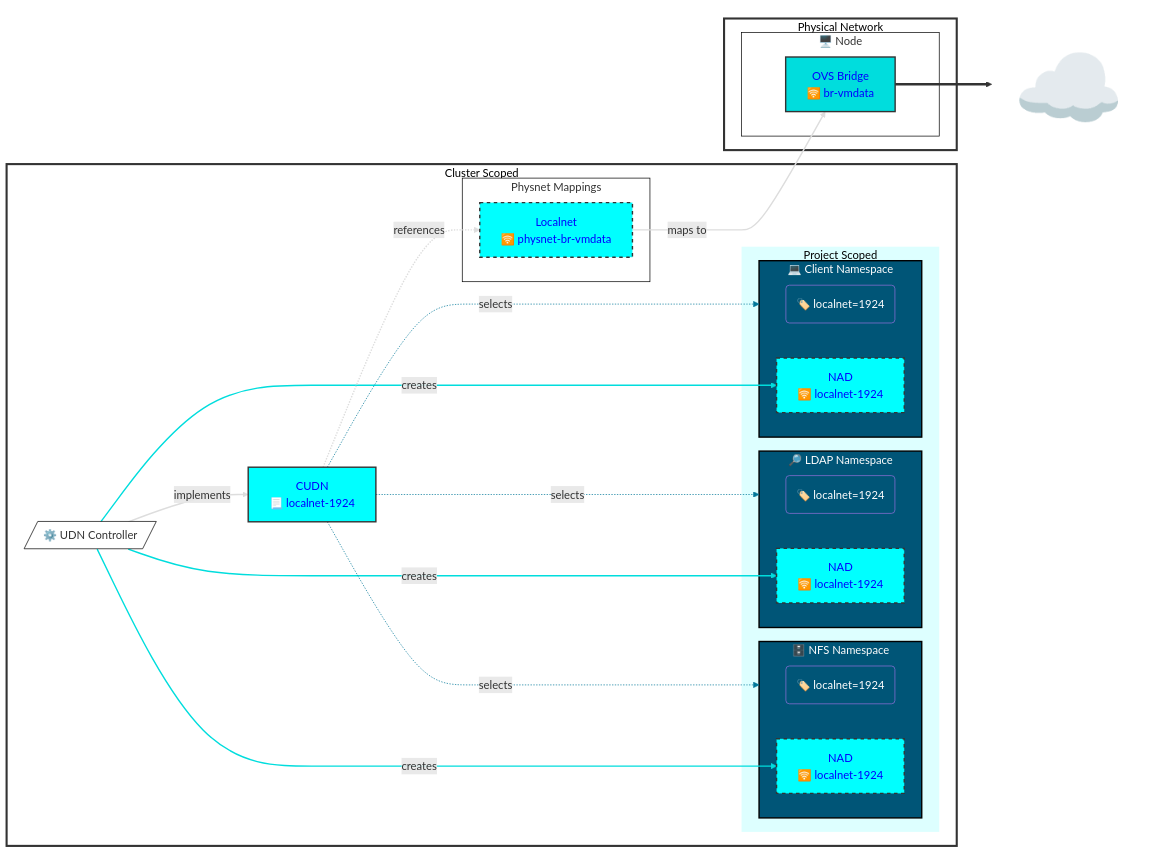
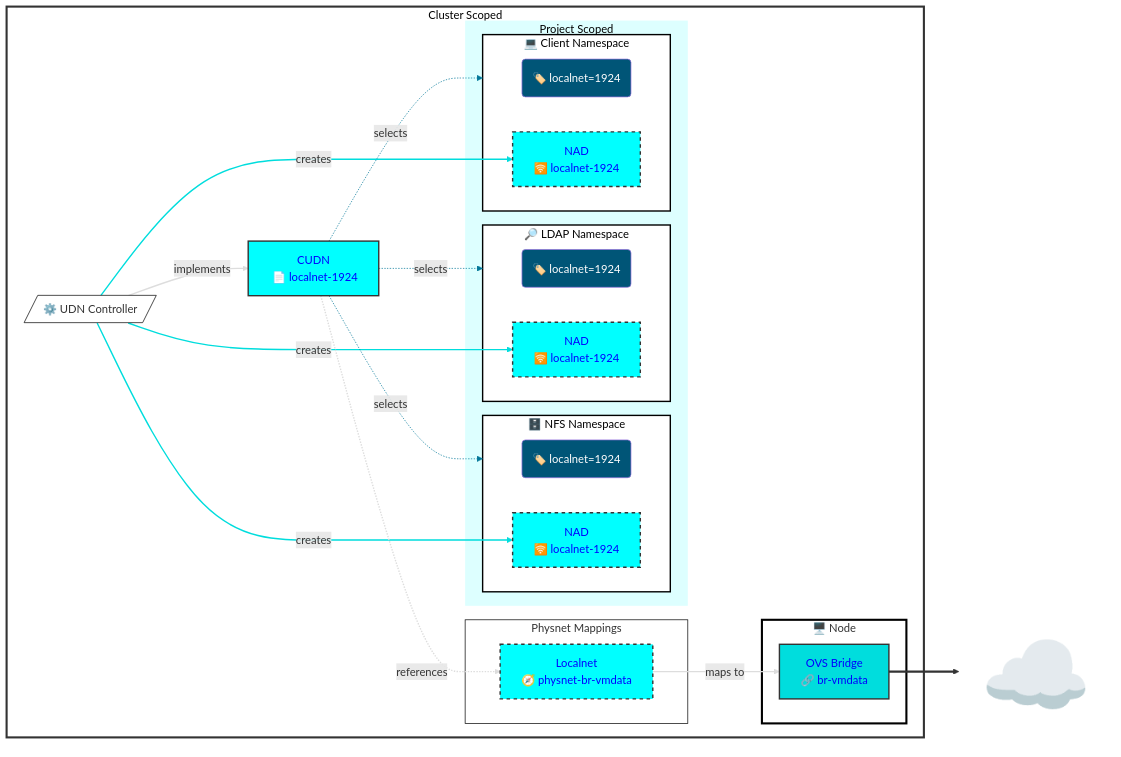
Before and after one commit to dlbewley/demo-autofs: the first of 2 diagrams in networking/readme.md, drawn with Mermaid. The commit also changed other lines of this file, not shown here.

Commit message:
refactor diagram

````diff
--- a/networking/readme.md
+++ b/networking/readme.md
@@ -26,80 +26,77 @@
 ```mermaid
 graph LR;
     subgraph Cluster["Cluster Scoped"]
-      udn-localnet-1924["CUDN<br> 📃 localnet-1924"]:::udn-localnet-1924
+      udn-localnet-1924["CUDN<br>️ 📄 localnet-1924"]:::udn-localnet-1924
       udn-controller[/"⚙️ UDN Controller"/]
 
       subgraph Localnets["Physnet Mappings"]
-        physnet[Localnet<br> 🛜 physnet-br-vmdata]:::nad-1924;
+        physnet[Localnet<br> 🧭 physnet-br-vmdata]:::nad-1924;
       end
 
       subgraph Project["Project Scoped"]
         subgraph ns-nfs["🗄️ NFS Namespace"]
           label-nfs("🏷️ localnet=1924"):::labels;
           nad-1924-nfs[NAD<br> 🛜 localnet-1924]:::nad-1924;
         end
 
         subgraph ns-ldap["🔎 LDAP Namespace"]
           label-ldap("🏷️ localnet=1924"):::labels;
           nad-1924-ldap[NAD<br> 🛜 localnet-1924]:::nad-1924;
         end
 
         subgraph ns-client["💻 Client Namespace"]
           label-client("🏷️ localnet=1924"):::labels;
           nad-1924-client[NAD<br> 🛜 localnet-1924]:::nad-1924;
         end
       end
-    end
-
-    subgraph Physical["Physical Network"]
       subgraph node1["🖥️ Node "]
-        br-vmdata[ OVS Bridge<br> 🛜 br-vmdata]:::vlan-1924;
+        br-vmdata[ OVS Bridge<br> 🔗 br-vmdata]:::vlan-1924;
       end
     end
 
-    udn-localnet-1924 -. selects ..-> ns-client
-    udn-localnet-1924 -. selects ..-> ns-ldap
-    udn-localnet-1924 -. selects ..-> ns-nfs
+
+    udn-localnet-1924 -. selects .-> ns-client
+    udn-localnet-1924 -. selects .-> ns-ldap
+    udn-localnet-1924 -. selects .-> ns-nfs
 
 
     linkStyle 0,1,2 stroke:#007799
 
     udn-controller --creates--> nad-1924-nfs
     udn-controller --creates--> nad-1924-ldap
     udn-controller --creates--> nad-1924-client
 
     linkStyle 3,4,5 stroke:#00dddd,stroke-width:2px;
 
     udn-controller == implements ==> udn-localnet-1924
 
 
     udn-localnet-1924 -. references .-> physnet
     physnet -- maps to --> br-vmdata
 
     linkStyle 6,7,8 stroke:#ddd,stroke-width:2px;
 
     Internet["☁️ "]:::Internet
     br-vmdata ==> Internet
 
     classDef node-eth fill:#00dddd,color:#00f,stroke:#333,stroke-width:2px;
 
     classDef vlan-1924 fill:#00dddd,color:#00f,stroke:#333,stroke-width:2px;
     classDef nad-1924 fill:#00ffff,color:#00f,stroke:#333,stroke-width:2px,stroke-dasharray: 5 5;
     classDef udn-localnet-1924 fill:#00ffff,color:#00f,stroke:#333,stroke-width:2px;
 
     classDef labels stroke-width:1px,color:#fff,fill:#005577;
     classDef networks fill:#cdd,stroke-width:0px;
 
     style udn-controller fill:#fff,stroke:#000,stroke-width:1px;
-    style node1 fill:#fff,stroke:#000,stroke-width:1px;
+    style node1 fill:#fff,stroke:#000,stroke-width:3px;
     style Localnets fill:#fff,stroke:#000,stroke-width:1px;
     style Cluster color:#000,fill:#fff,stroke:#333,stroke-width:3px;
-    style Physical color:#000,fill:#fff,stroke:#333,stroke-width:3px;
     style Project color:#000,fill:#dff,stroke:#333,stroke-width:0px
     style Internet fill:none,stroke-width:0px,font-size:+2em;
 
     classDef nodes stroke-width:3px;
     class node1,node2,node3 nodes;
-    classDef namespace color:#fff,fill:#005577,stroke:#000,stroke-width:2px;
+    classDef namespace color:#000,fill:#fff,stroke:#000,stroke-width:2px;
     class ns-nfs,ns-client,ns-ldap namespace;
 ```
````
